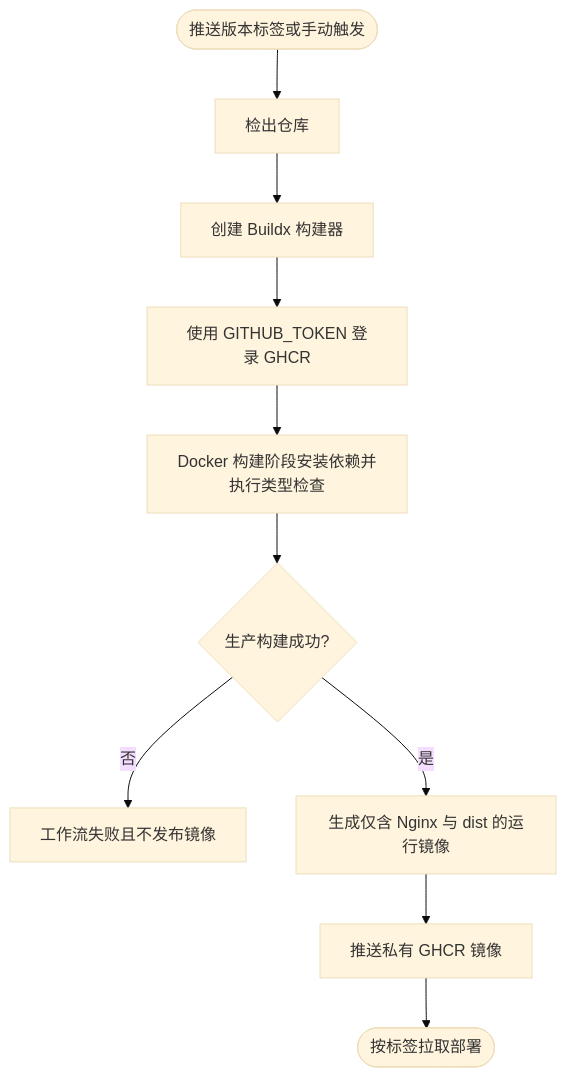
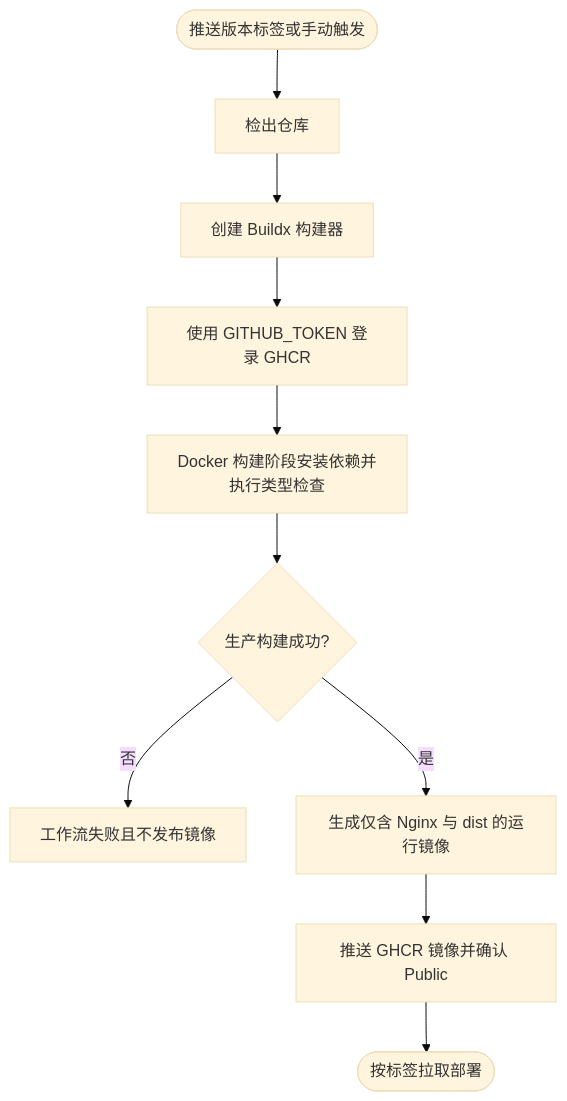
One commit to anInterestingName/Saber changed the diagram in doc/requirements/REQ-2026-008-ghcr-image-publishing.md. Above: the diagram before and after it, drawn with Mermaid (base theme). The commit also changed other lines of this file and 6 other files, not shown here.

````diff
--- a/doc/requirements/REQ-2026-008-ghcr-image-publishing.md
+++ b/doc/requirements/REQ-2026-008-ghcr-image-publishing.md
@@ -68,12 +68,12 @@
 ```mermaid
 flowchart TD
     A([推送版本标签或手动触发]) --> B[检出仓库]
     B --> C[创建 Buildx 构建器]
     C --> D[使用 GITHUB_TOKEN 登录 GHCR]
     D --> E[Docker 构建阶段安装依赖并执行类型检查]
     E --> F{生产构建成功?}
     F -- 否 --> G[工作流失败且不发布镜像]
     F -- 是 --> H[生成仅含 Nginx 与 dist 的运行镜像]
-    H --> I[推送私有 GHCR 镜像]
+    H --> I[推送 GHCR 镜像并确认 Public]
     I --> J([按标签拉取部署])
 ```
````
